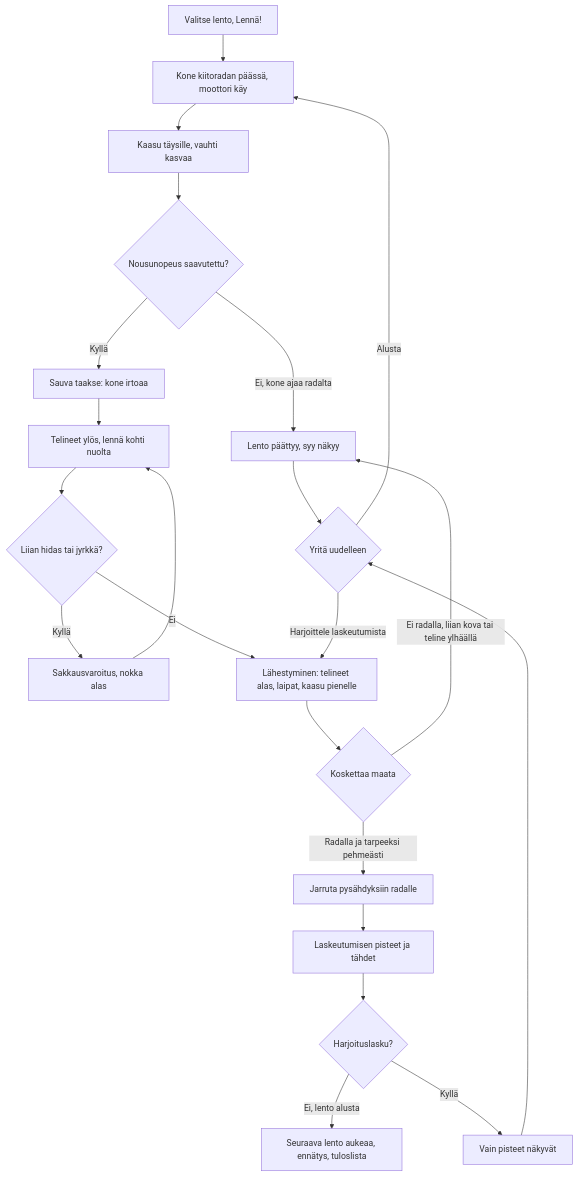
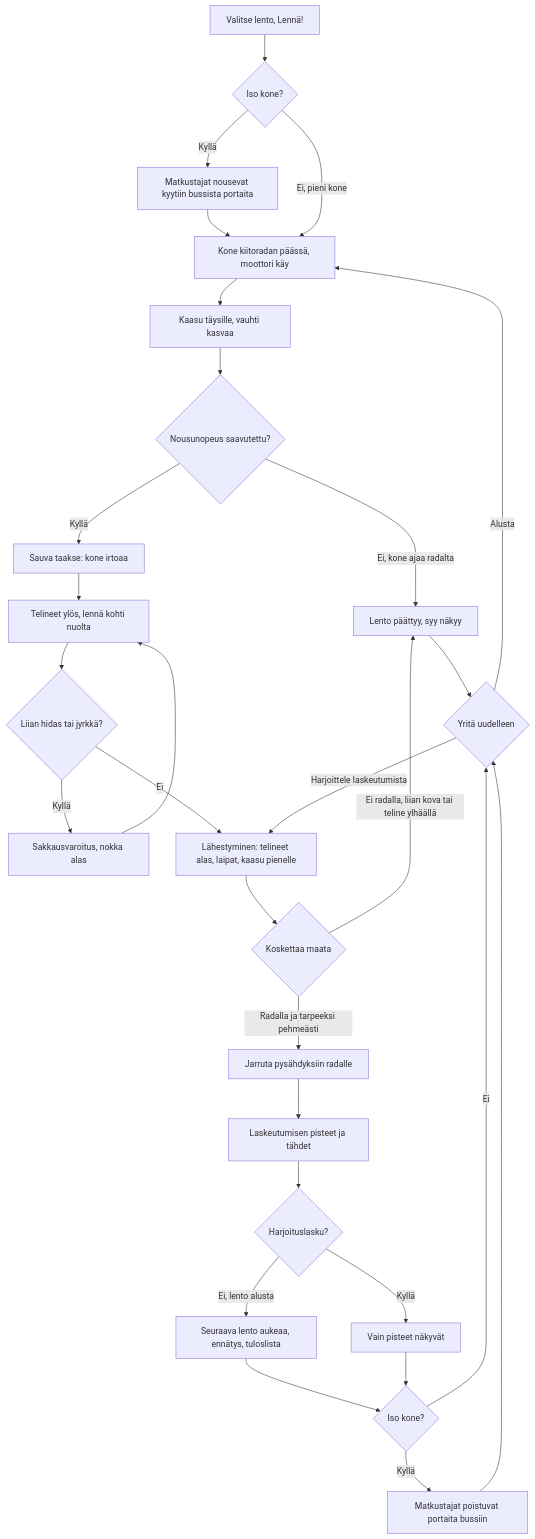
The diagram in docs/diagrams/lentokone.md (eerovil/ai-pelit), drawn with Mermaid before and after one commit. The commit also changed other lines of this file and 8 other files, not shown here.

````diff
--- a/docs/diagrams/lentokone.md
+++ b/docs/diagrams/lentokone.md
@@ -8,28 +9,35 @@
 ```mermaid
 flowchart TD
-  A[Valitse lento, Lennä!] --> B[Kone kiitoradan päässä, moottori käy]
+  A[Valitse lento, Lennä!] --> Q{Iso kone?}
+  Q -- Kyllä --> R[Matkustajat nousevat kyytiin bussista portaita]
+  R --> B[Kone kiitoradan päässä, moottori käy]
+  Q -- Ei, pieni kone --> B
   B --> C[Kaasu täysille, vauhti kasvaa]
   C --> D{Nousunopeus saavutettu?}
   D -- Ei, kone ajaa radalta --> X[Lento päättyy, syy näkyy]
   D -- Kyllä --> E[Sauva taakse: kone irtoaa]
   E --> F[Telineet ylös, lennä kohti nuolta]
   F --> G{Liian hidas tai jyrkkä?}
   G -- Kyllä --> H[Sakkausvaroitus, nokka alas]
   H --> F
   G -- Ei --> I[Lähestyminen: telineet alas, laipat, kaasu pienelle]
   I --> J{Koskettaa maata}
   J -- Ei radalla, liian kova tai teline ylhäällä --> X
   J -- Radalla ja tarpeeksi pehmeästi --> K[Jarruta pysähdyksiin radalle]
   K --> L[Laskeutumisen pisteet ja tähdet]
   L --> O{Harjoituslasku?}
   O -- Ei, lento alusta --> M[Seuraava lento aukeaa, ennätys, tuloslista]
   O -- Kyllä --> P[Vain pisteet näkyvät]
-  P --> N
+  M --> S{Iso kone?}
+  P --> S
+  S -- Kyllä --> T[Matkustajat poistuvat portaita bussiin]
+  T --> N
+  S -- Ei --> N
   X --> N{Yritä uudelleen}
   N -- Alusta --> B
   N -- Harjoittele laskeutumista --> I
-  class A,B,C,E,F,I,K blue
-  class D,G,J,N,O amber
+  class A,B,C,E,F,I,K,R,T blue
+  class D,G,J,N,O,Q,S amber
   class H,X rose
   class L,M,P green
 ```
````
